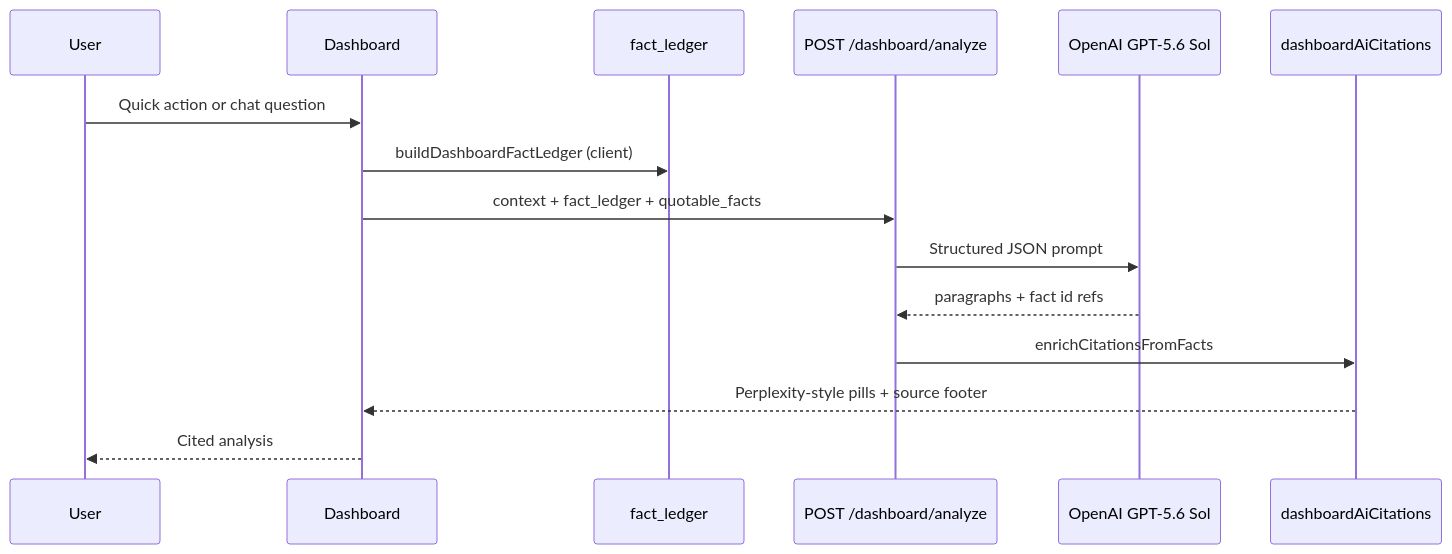
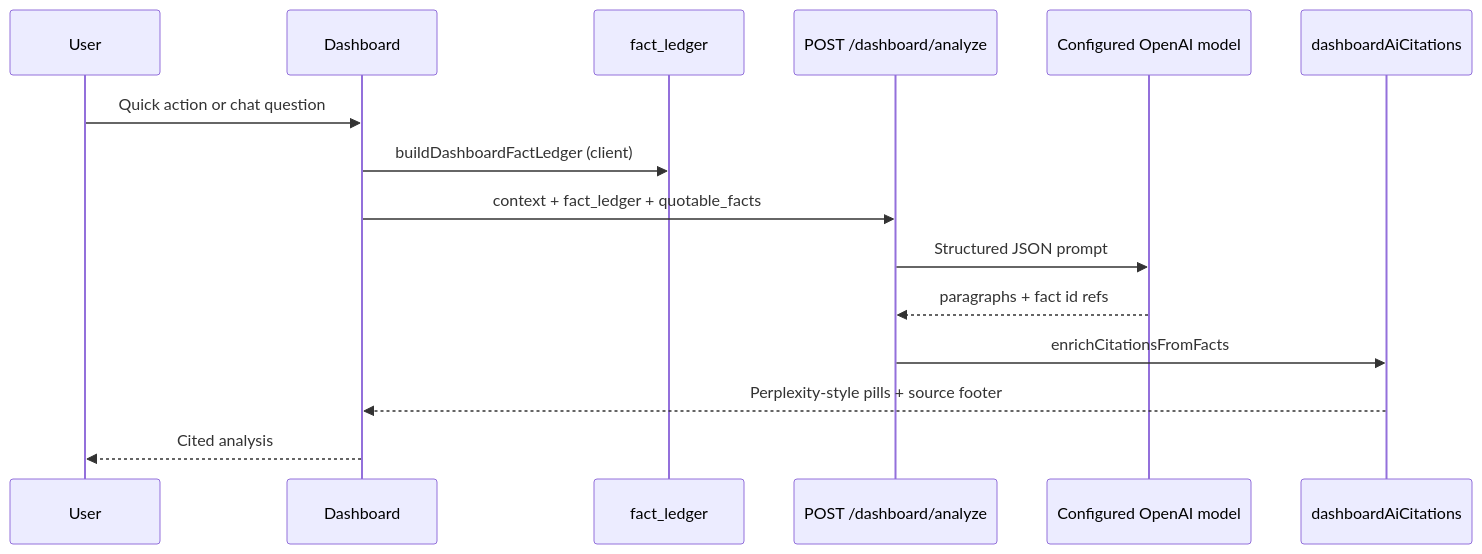
The tenth of 12 diagrams in docs/dev/system-design.md (tseten14/NDC-Dashboard), drawn with Mermaid before and after one commit. The commit also changed other lines of this file and 20 other files, not shown here.

````diff
--- a/docs/dev/system-design.md
+++ b/docs/dev/system-design.md
@@ -315,18 +318,18 @@
 ```mermaid
 sequenceDiagram
   participant User
   participant SPA as Dashboard
   participant Facts as fact_ledger
   participant API as POST /dashboard/analyze
-  participant OAI as OpenAI GPT-5.6 Sol
+  participant OAI as Configured OpenAI model
   participant Cit as dashboardAiCitations
 
   User->>SPA: Quick action or chat question
   SPA->>Facts: buildDashboardFactLedger (client)
   SPA->>API: context + fact_ledger + quotable_facts
   API->>OAI: Structured JSON prompt
   OAI-->>API: paragraphs + fact id refs
   API->>Cit: enrichCitationsFromFacts
   Cit-->>SPA: Perplexity-style pills + source footer
   SPA-->>User: Cited analysis
 ```
````
